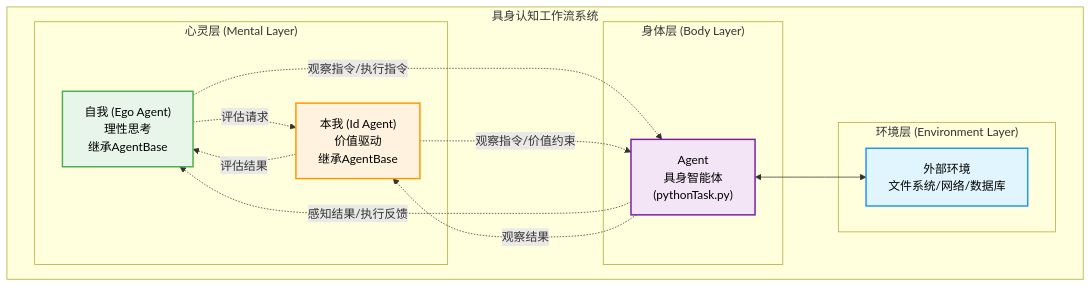
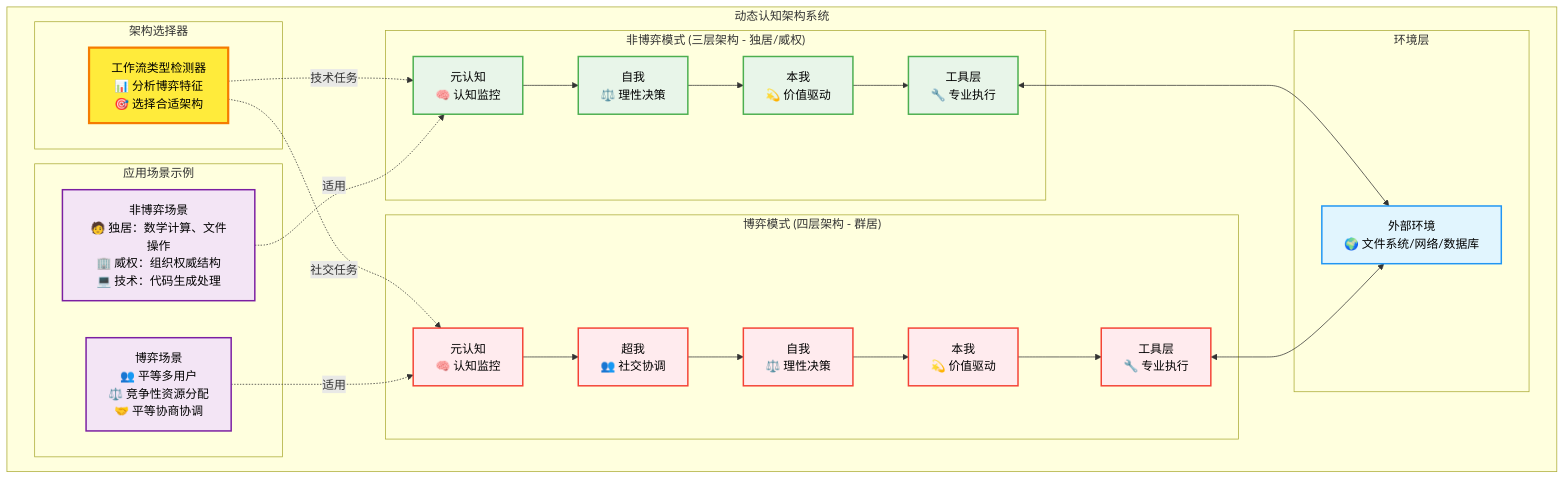
One commit to guci314/AgentFramework changed the first of 4 diagrams in embodied_cognitive_workflow/ai_docs/具身认知工作流概要设计.md. Above: the diagram before and after it, drawn with Mermaid. The commit also changed other lines of this file and 217 other files, not shown here.

````diff
--- a/embodied_cognitive_workflow/ai_docs/具身认知工作流概要设计.md
+++ b/embodied_cognitive_workflow/ai_docs/具身认知工作流概要设计.md
@@ -25,43 +352,66 @@
 ```mermaid
 graph TB
-    subgraph "具身认知工作流系统"
-        subgraph "心灵层 (Mental Layer)"
-            EGO["自我 (Ego Agent)<br/>理性思考<br/>继承AgentBase"]
-            ID["本我 (Id Agent)<br/>价值驱动<br/>继承AgentBase"]
+    subgraph "动态认知架构系统"
+        subgraph "架构选择器"
+            SELECTOR["工作流类型检测器<br/>📊 分析博弈特征<br/>🎯 选择合适架构"]
         end
         
-        subgraph "身体层 (Body Layer)"
-            BODY["Agent<br/>具身智能体<br/>(pythonTask.py)"]
+        subgraph "非博弈模式 (三层架构 - 独居/威权)"
+            META1["元认知<br/>🧠 认知监控"]
+            EGO1["自我<br/>⚖️ 理性决策"]
+            ID1["本我<br/>💫 价值驱动"]
+            TOOLS1["工具层<br/>🔧 专业执行"]
+            
+            META1 --> EGO1
+            EGO1 --> ID1
+            ID1 --> TOOLS1
         end
         
-        subgraph "环境层 (Environment Layer)"
-            ENV["外部环境<br/>文件系统/网络/数据库"]
+        subgraph "博弈模式 (四层架构 - 群居)"
+            META2["元认知<br/>🧠 认知监控"]
+            SUPER["超我<br/>👥 社交协调"]
+            EGO2["自我<br/>⚖️ 理性决策"]
+            ID2["本我<br/>💫 价值驱动"]
+            TOOLS2["工具层<br/>🔧 专业执行"]
+            
+            META2 --> SUPER
+            SUPER --> EGO2
+            EGO2 --> ID2
+            ID2 --> TOOLS2
+        end
+        
+        subgraph "环境层"
+            ENV["外部环境<br/>🌍 文件系统/网络/数据库"]
+        end
+        
+        subgraph "应用场景示例"
+            SCENE1["非博弈场景<br/>🧑 独居：数学计算、文件操作<br/>🏢 威权：组织权威结构<br/>💻 技术：代码生成处理"]
+            SCENE2["博弈场景<br/>👥 平等多用户<br/>⚖️ 竞争性资源分配<br/>🤝 平等协商协调"]
         end
     end
     
-    %% 自我与本我协调
-    EGO -.->|评估请求| ID
-    ID -.->|评估结果| EGO
+    %% 架构选择流程
+    SELECTOR -.->|技术任务| META1
+    SELECTOR -.->|社交任务| META2
     
-    %% 心身连接 (即时自然语言指令)
-    EGO -.->|观察指令/执行指令| BODY
-    ID -.->|观察指令/价值约束| BODY
+    %% 环境交互
+    TOOLS1 <--> ENV
+    TOOLS2 <--> ENV
     
-    %% 身体与环境交互
-    BODY <--> ENV
+    %% 场景映射
+    SCENE1 -.->|适用| META1
+    SCENE2 -.->|适用| META2
     
-    %% 反馈循环到心灵
-    BODY -.->|感知结果/执行反馈| EGO
-    BODY -.->|观察结果| ID
+    %% 样式定义
+    classDef selectorClass fill:#ffeb3b,stroke:#f57c00,stroke-width:3px,color:#000000
+    classDef soloClass fill:#e8f5e9,stroke:#4caf50,stroke-width:2px,color:#000000
+    classDef socialClass fill:#ffebee,stroke:#f44336,stroke-width:2px,color:#000000
+    classDef envClass fill:#e1f5fe,stroke:#2196f3,stroke-width:2px,color:#000000
+    classDef sceneClass fill:#f3e5f5,stroke:#7b1fa2,stroke-width:2px,color:#000000
     
-    %% 样式
-    classDef egoClass fill:#e8f5e9,stroke:#4caf50,stroke-width:2px,color:#000000
-    classDef idClass fill:#fff3e0,stroke:#ff9800,stroke-width:2px,color:#000000
-    classDef bodyClass fill:#f3e5f5,stroke:#7b1fa2,stroke-width:2px,color:#000000
-    classDef envClass fill:#e1f5fe,stroke:#2196f3,stroke-width:2px,color:#000000
-    
-    class EGO egoClass
-    class ID idClass
-    class BODY bodyClass
+    class SELECTOR selectorClass
+    class META1,EGO1,ID1,TOOLS1 soloClass
+    class META2,SUPER,EGO2,ID2,TOOLS2 socialClass
     class ENV envClass
+    class SCENE1,SCENE2 sceneClass
 ```
````
